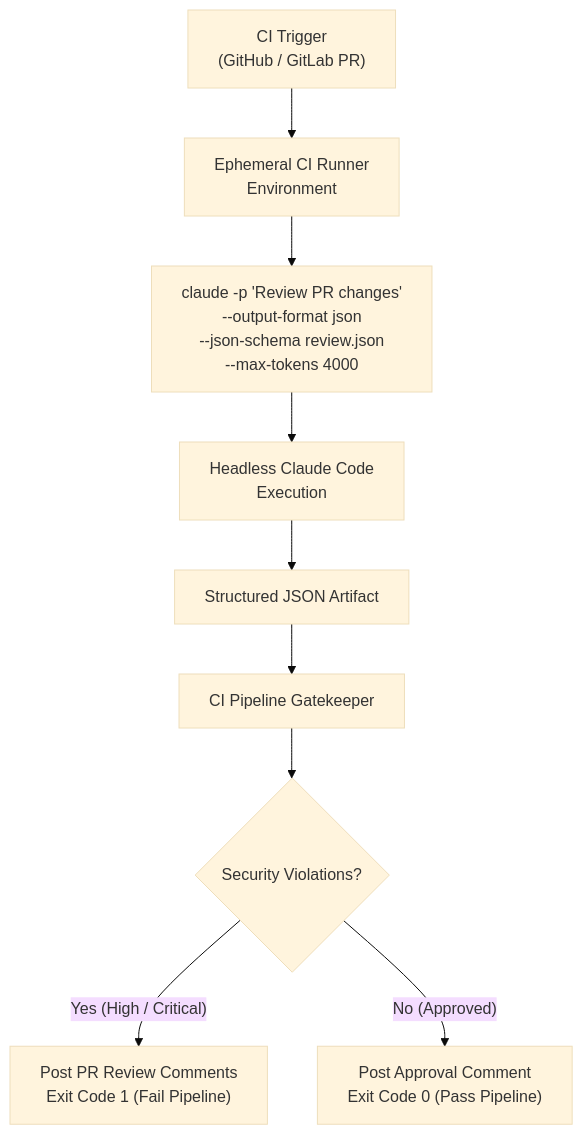
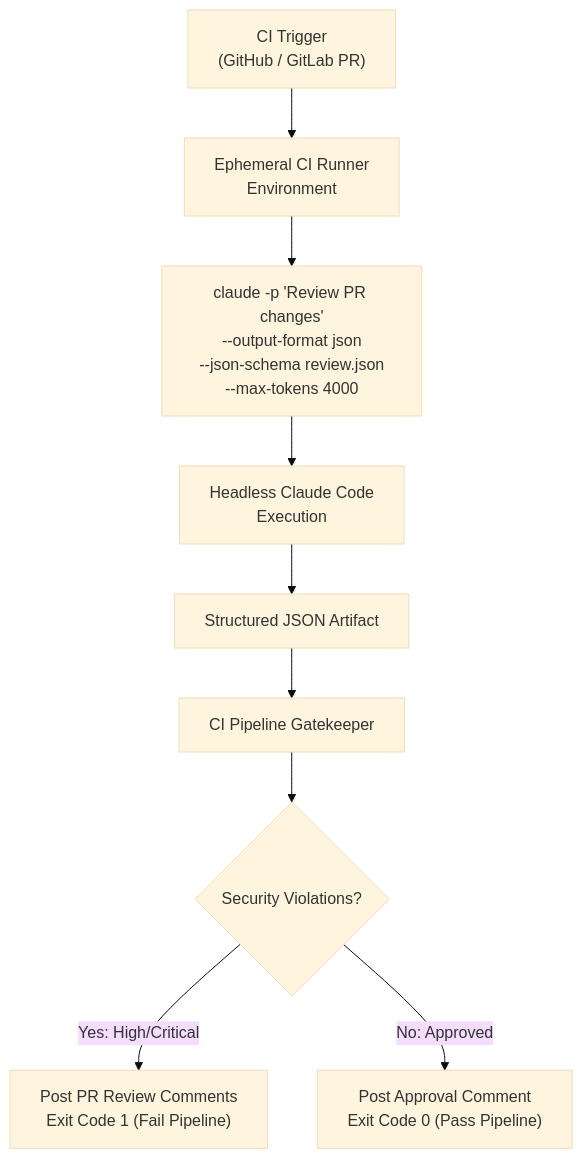
One commit to dip4k/claude_cert_architect_foundation_prep changed the diagram in domain3/ts_3_6_cicd_pipeline_automation/README.md. Above: the diagram before and after it, drawn with Mermaid (base theme). The commit also changed 50 other files, not shown here.

Commit message:
docs(domain): complete 30 task statement study guides and enforce October 2026 Mermaid standards

````diff
--- a/domain3/ts_3_6_cicd_pipeline_automation/README.md
+++ b/domain3/ts_3_6_cicd_pipeline_automation/README.md
@@ -10,16 +10,15 @@
 ```mermaid
-%%{init: {"flowchart": {"htmlLabels": true, "wrappingWidth": 250}}}%%
 flowchart TD
-    Trigger["CI Trigger<br/>(GitHub / GitLab PR)"] --> Runner["Ephemeral CI Runner<br/>Environment"]
+    Trigger["CI Trigger<br>(GitHub / GitLab PR)"] --> Runner["Ephemeral CI Runner<br>Environment"]
     
-    Runner --> Command["claude -p 'Review PR changes'<br/>--output-format json<br/>--json-schema review.json<br/>--max-tokens 4000"]
+    Runner --> Command["claude -p 'Review PR changes'<br>--output-format json<br>--json-schema review.json<br>--max-tokens 4000"]
     
-    Command --> Exec["Headless Claude Code<br/>Execution"]
+    Command --> Exec["Headless Claude Code<br>Execution"]
     Exec --> JSONOutput["Structured JSON Artifact"]
     
     JSONOutput --> Parser["CI Pipeline Gatekeeper"]
     Parser --> Eval{"Security Violations?"}
     
-    Eval -- "Yes (High / Critical)" --> PRBlock["Post PR Review Comments<br/>Exit Code 1 (Fail Pipeline)"]
-    Eval -- "No (Approved)" --> PRPass["Post Approval Comment<br/>Exit Code 0 (Pass Pipeline)"]
+    Eval -->|"Yes: High/Critical"| PRBlock["Post PR Review Comments<br>Exit Code 1 (Fail Pipeline)"]
+    Eval -->|"No: Approved"| PRPass["Post Approval Comment<br>Exit Code 0 (Pass Pipeline)"]
 ```
````
